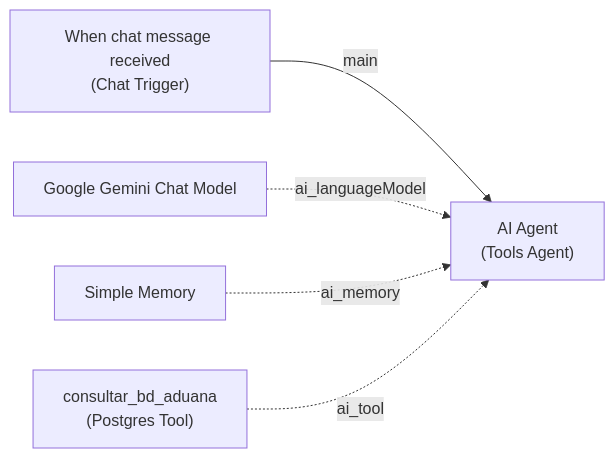
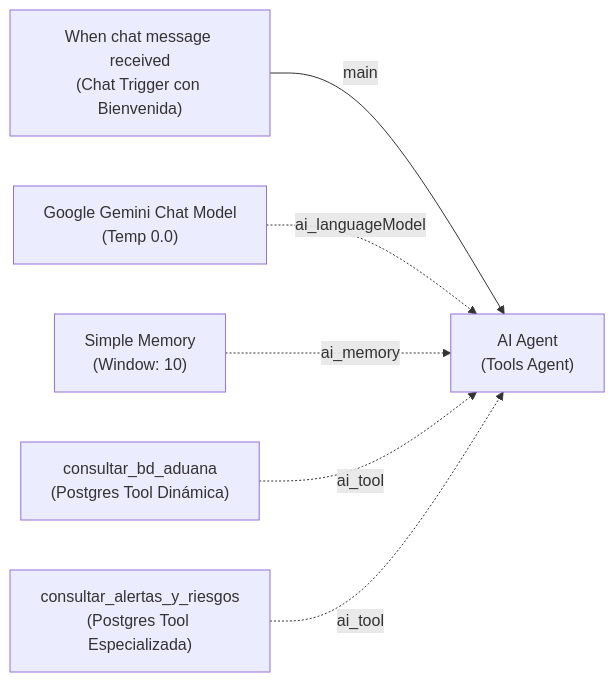
Before and after one commit to danielramirez272006-arch/lab-3: the second of 2 diagrams in README.md, drawn with Mermaid. The commit also changed other lines of this file and 3 other files, not shown here.

Commit message:
docs: consolidar script maestro 00_master_deploy, diagrama DBML, demo guide y documentacion final

````diff
--- a/README.md
+++ b/README.md
@@ -82,7 +96,8 @@
 ```mermaid
 flowchart LR
-    A["When chat message received<br/>(Chat Trigger)"] -->|main| B["AI Agent<br/>(Tools Agent)"]
-    C["Google Gemini Chat Model"] -.->|ai_languageModel| B
-    D["Simple Memory"] -.->|ai_memory| B
-    E["consultar_bd_aduana<br/>(Postgres Tool)"] -.->|ai_tool| B
+    A["When chat message received<br/>(Chat Trigger con Bienvenida)"] -->|main| B["AI Agent<br/>(Tools Agent)"]
+    C["Google Gemini Chat Model<br/>(Temp 0.0)"] -.->|ai_languageModel| B
+    D["Simple Memory<br/>(Window: 10)"] -.->|ai_memory| B
+    E["consultar_bd_aduana<br/>(Postgres Tool Dinámica)"] -.->|ai_tool| B
+    F["consultar_alertas_y_riesgos<br/>(Postgres Tool Especializada)"] -.->|ai_tool| B
 ```
````
